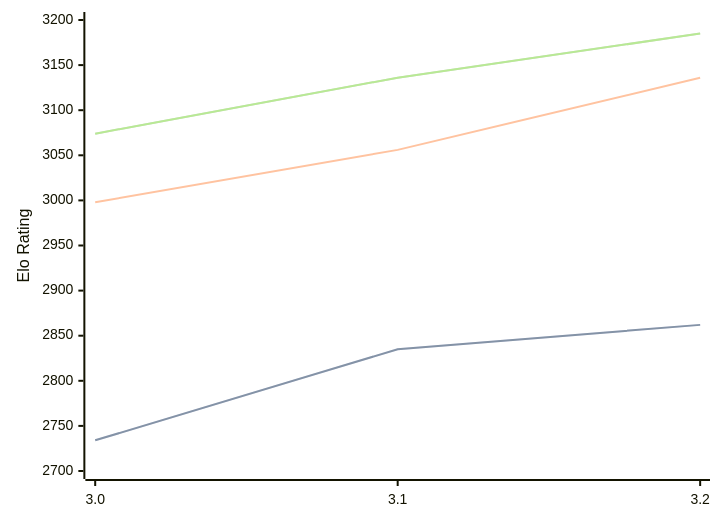
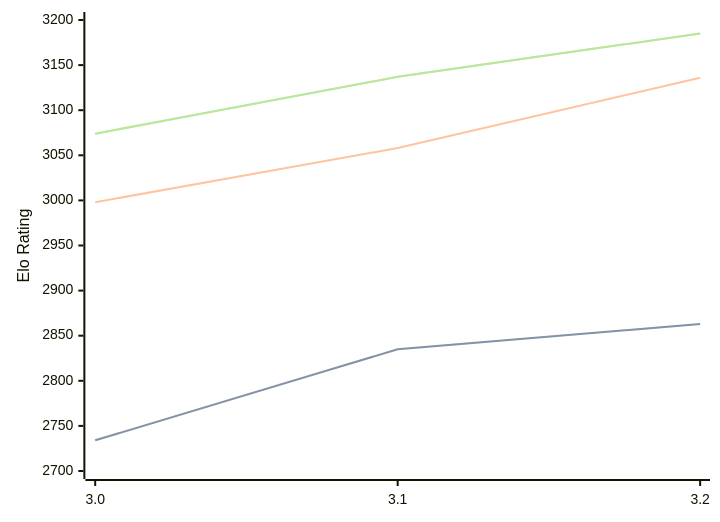
One commit to computer-chess-index/cci changed the diagram in engines/Vajolet2.md. Above: the diagram before and after it, drawn with Mermaid. The commit also changed other lines of this file, not shown here.

Commit message:
Update CCI Ratings (ELO VLTC) - 2026-10-02

````diff
--- a/engines/Vajolet2.md
+++ b/engines/Vajolet2.md
@@ -33,11 +33,11 @@
 ```mermaid
 %%{init: {"theme":"base","themeVariables":{"seriesColors:['#a3a3a3','#222221','#faa371']}}}%%
 xychart-beta
   x-axis ["3.0", "3.1", "3.2"]
   y-axis "Elo Rating" 2700 --> 3200
-  line "" [2734, 2835, 2862]
-  line "STC (8.0+0.08s)" [2734, 2835, 2862]
-  line "LTC (60.0+0.60s)" [2998, 3056, 3136]
-  line "" [3074, 3136, 3185]
-  line "VLTC (2m24s+1.12s)" [3074, 3136, 3185]
+  line "" [2734, 2835, 2863]
+  line "STC (8.0+0.08s)" [2734, 2835, 2863]
+  line "LTC (60.0+0.60s)" [2998, 3058, 3136]
+  line "" [3074, 3137, 3185]
+  line "VLTC (2m24s+1.12s)" [3074, 3137, 3185]
 ```
````
